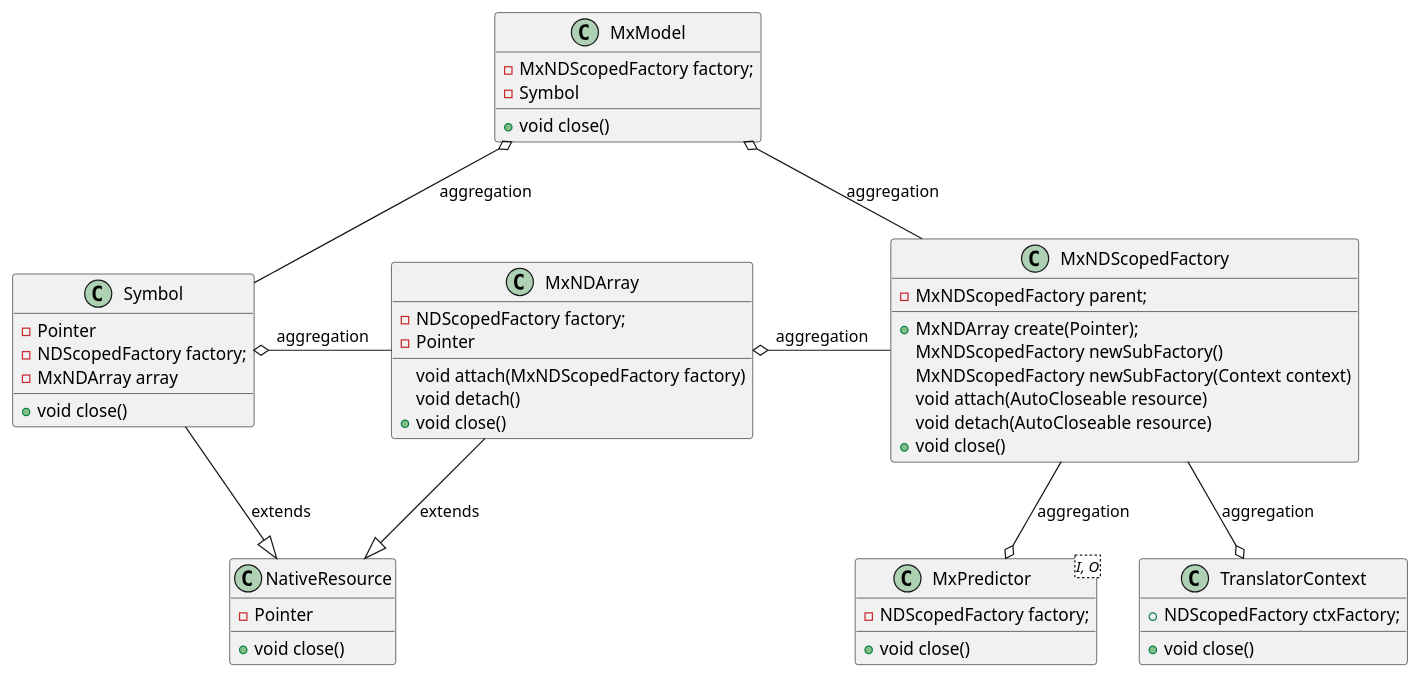
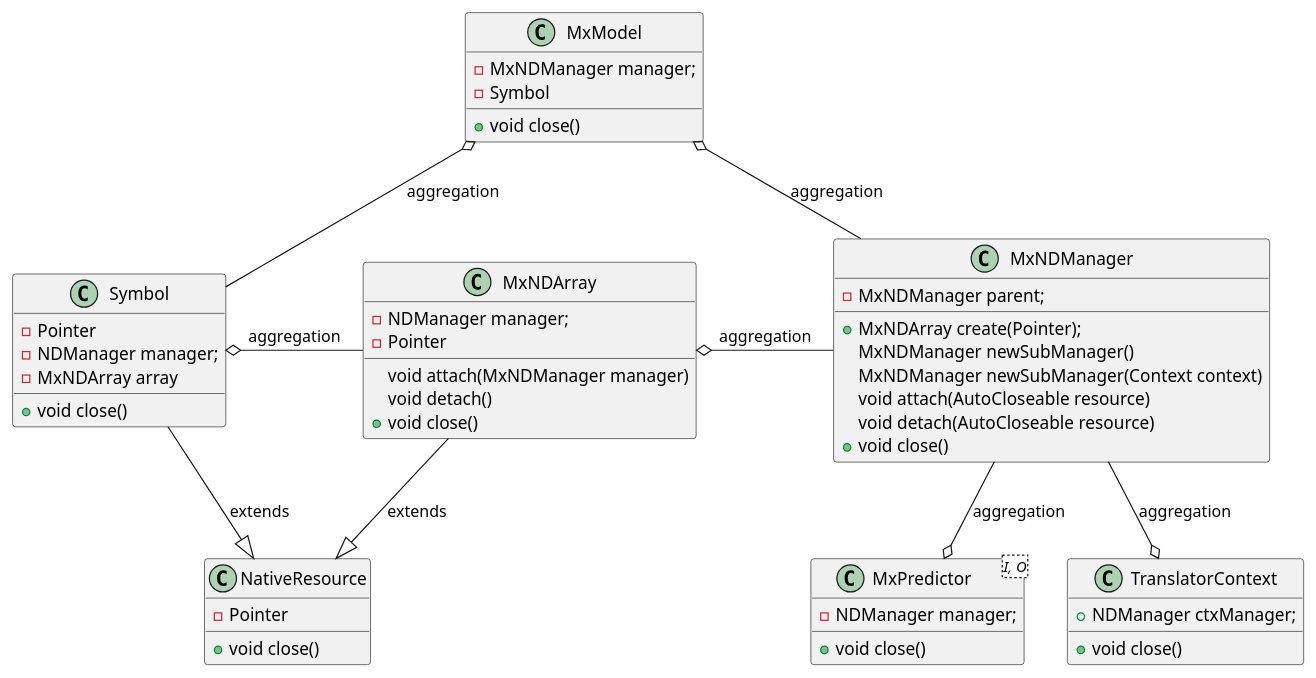
The diagram in mxnet/src/main/uml/mxnet.puml (deepjavalibrary/djl), drawn with PlantUML before and after one commit. The commit also changed 34 other files, not shown here.

Commit message:
Rename NDScopedFactory to NDManager

```diff
--- a/mxnet/src/main/uml/mxnet.puml
+++ b/mxnet/src/main/uml/mxnet.puml
@@ -1,62 +1,62 @@
 @startuml
 class MxModel {
-    -MxNDScopedFactory factory;
+    -MxNDManager manager;
     -Symbol
     +void close()
 }
 
 class MxPredictor<I, O> {
-    -NDScopedFactory factory;
+    -NDManager manager;
     +void close()
 }
 
 class TranslatorContext {
-    +NDScopedFactory ctxFactory;
+    +NDManager ctxManager;
     +void close()
 }
 
-class MxNDScopedFactory {
-    -MxNDScopedFactory parent;
+class MxNDManager {
+    -MxNDManager parent;
     +MxNDArray create(Pointer);
-    MxNDScopedFactory newSubFactory()
-    MxNDScopedFactory newSubFactory(Context context)
+    MxNDManager newSubManager()
+    MxNDManager newSubManager(Context context)
     void attach(AutoCloseable resource)
     void detach(AutoCloseable resource)
     +void close()
 }
 
 class MxNDArray {
-    -NDScopedFactory factory;
+    -NDManager manager;
     -Pointer
-    void attach(MxNDScopedFactory factory)
+    void attach(MxNDManager manager)
     void detach()
     +void close()
 }
 
 class NativeResource {
     -Pointer
     +void close()
 }
 
 class Symbol {
     -Pointer
-    -NDScopedFactory factory;
+    -NDManager manager;
     -MxNDArray array
     +void close()
 }
 
 MxModel o-- Symbol : aggregation
-MxModel o-- MxNDScopedFactory : aggregation
+MxModel o-- MxNDManager : aggregation
 Symbol o-right- MxNDArray : aggregation
 
 MxNDArray --|> NativeResource : extends
 Symbol --|> NativeResource : extends
 
 
-MxNDArray o-right- MxNDScopedFactory : aggregation
-MxPredictor o-up- MxNDScopedFactory : aggregation
-TranslatorContext o-up- MxNDScopedFactory : aggregation
+MxNDArray o-right- MxNDManager : aggregation
+MxPredictor o-up- MxNDManager : aggregation
+TranslatorContext o-up- MxNDManager : aggregation
 
 
 
 @enduml
```
